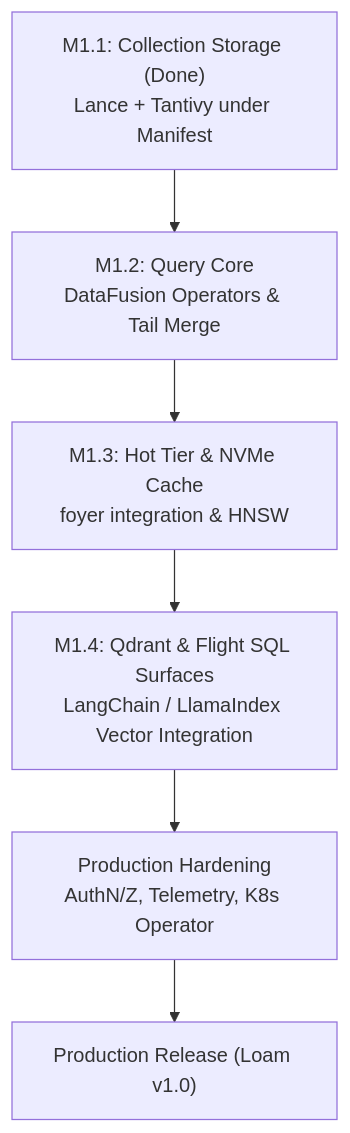
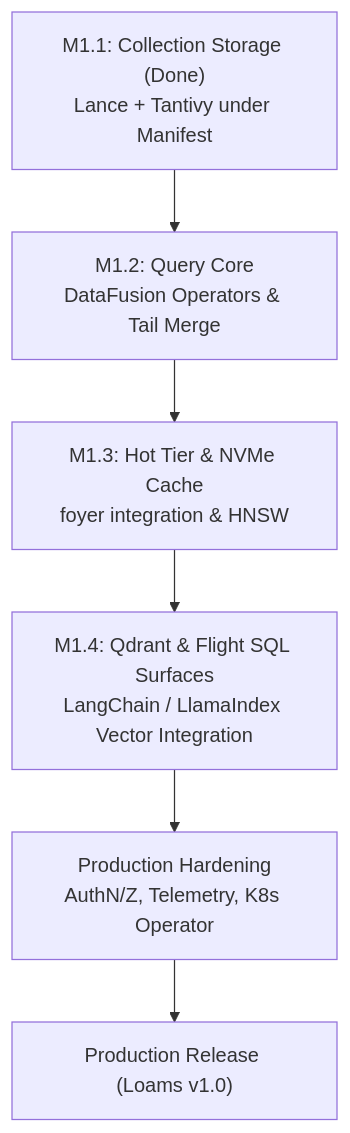
The diagram in docs/architecture-review-and-recommendations.md (dina-kar/operon), drawn with Mermaid before and after one commit. The commit also changed other lines of this file and 89 other files, not shown here.

````diff
--- a/docs/architecture-review-and-recommendations.md
+++ b/docs/architecture-review-and-recommendations.md
@@ -166,8 +166,8 @@
 ```mermaid
 flowchart TD
     M11["M1.1: Collection Storage (Done)\nLance + Tantivy under Manifest"] --> M12["M1.2: Query Core\nDataFusion Operators & Tail Merge"]
     M12 --> M13["M1.3: Hot Tier & NVMe Cache\nfoyer integration & HNSW"]
     M13 --> M14["M1.4: Qdrant & Flight SQL Surfaces\nLangChain / LlamaIndex Vector Integration"]
     M14 --> Hardening["Production Hardening\nAuthN/Z, Telemetry, K8s Operator"]
-    Hardening --> Prod["Production Release (Loam v1.0)"]
+    Hardening --> Prod["Production Release (Loams v1.0)"]
 ```
````
